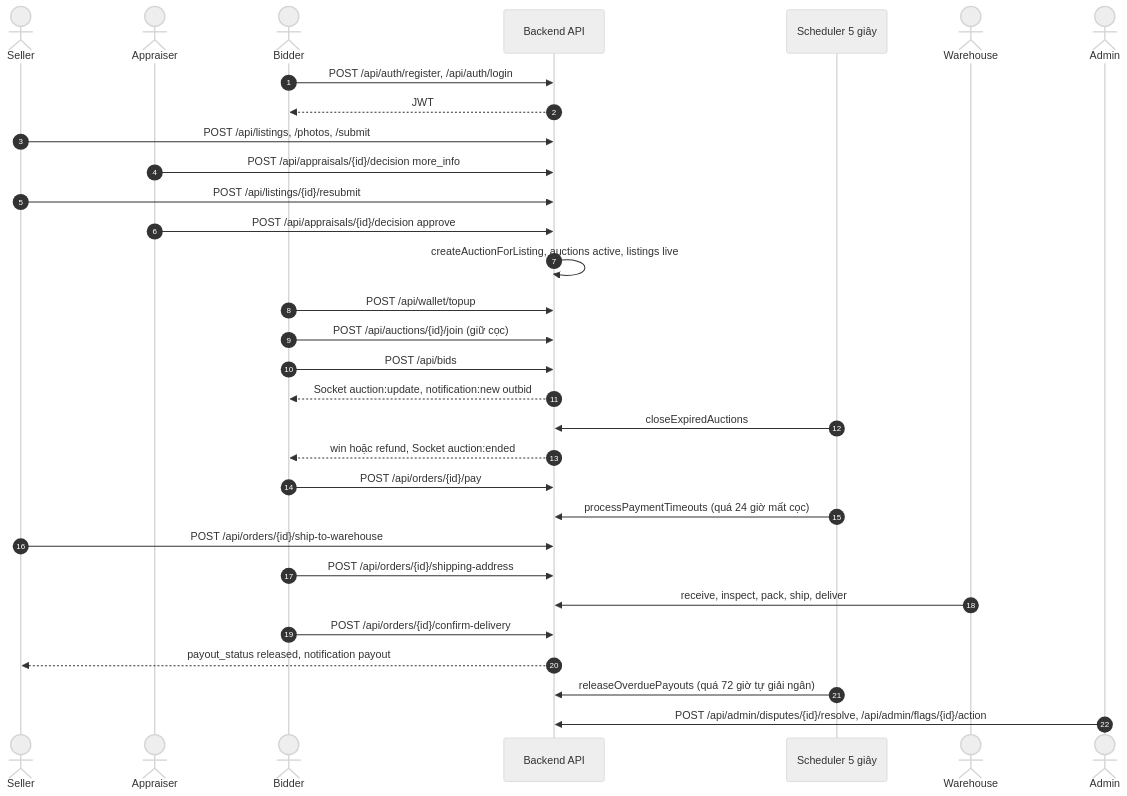
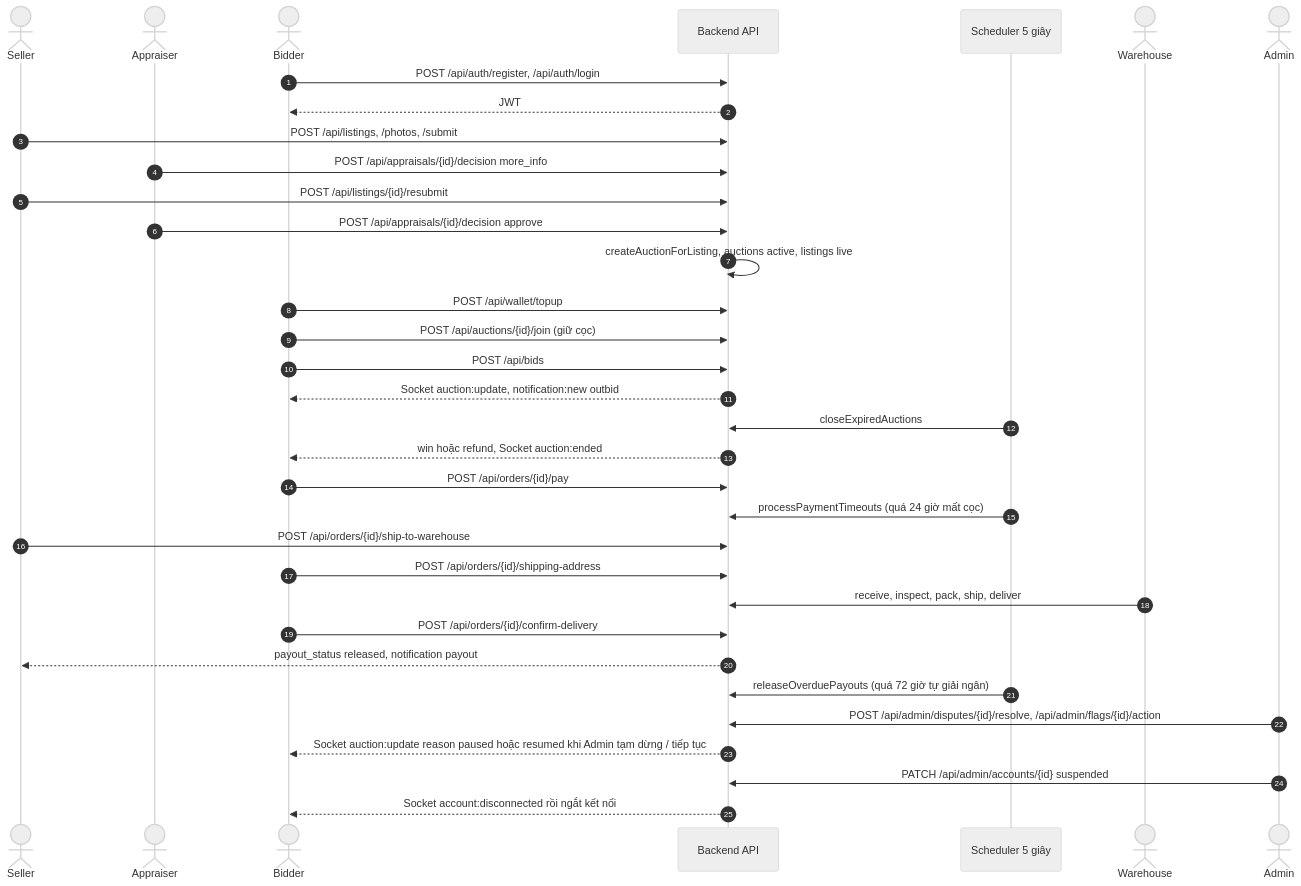
One commit to HoaiAn1510/bidvibe_be changed the first of 5 diagrams in docs/mainflow.md. Above: the diagram before and after it, drawn with Mermaid (neutral theme). The commit also changed other lines of this file, not shown here.

First line of the commit message:
mainflow: cập nhật sau khi merge PR #13, #14 (Socket.io, khoá tài khoản, việc còn thiếu)

````diff
--- a/docs/mainflow.md
+++ b/docs/mainflow.md
@@ -190,34 +191,37 @@
 ```mermaid
 sequenceDiagram
     autonumber
     actor S as Seller
     actor A as Appraiser
     actor B as Bidder
     participant API as Backend API
     participant J as Scheduler 5 giây
     actor W as Warehouse
     actor AD as Admin
 
     B->>API: POST /api/auth/register, /api/auth/login
     API-->>B: JWT
     S->>API: POST /api/listings, /photos, /submit
     A->>API: POST /api/appraisals/{id}/decision more_info
     S->>API: POST /api/listings/{id}/resubmit
     A->>API: POST /api/appraisals/{id}/decision approve
     API->>API: createAuctionForListing, auctions active, listings live
     B->>API: POST /api/wallet/topup
     B->>API: POST /api/auctions/{id}/join (giữ cọc)
     B->>API: POST /api/bids
     API-->>B: Socket auction:update, notification:new outbid
     J->>API: closeExpiredAuctions
     API-->>B: win hoặc refund, Socket auction:ended
     B->>API: POST /api/orders/{id}/pay
     J->>API: processPaymentTimeouts (quá 24 giờ mất cọc)
     S->>API: POST /api/orders/{id}/ship-to-warehouse
     B->>API: POST /api/orders/{id}/shipping-address
     W->>API: receive, inspect, pack, ship, deliver
     B->>API: POST /api/orders/{id}/confirm-delivery
     API-->>S: payout_status released, notification payout
     J->>API: releaseOverduePayouts (quá 72 giờ tự giải ngân)
     AD->>API: POST /api/admin/disputes/{id}/resolve, /api/admin/flags/{id}/action
+    API-->>B: Socket auction:update reason paused hoặc resumed khi Admin tạm dừng / tiếp tục
+    AD->>API: PATCH /api/admin/accounts/{id} suspended
+    API-->>B: Socket account:disconnected rồi ngắt kết nối
 ```
````
